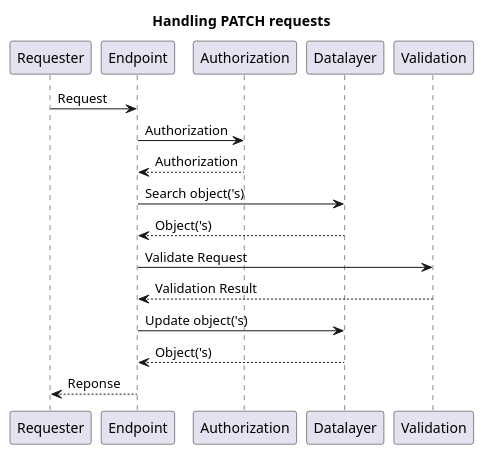
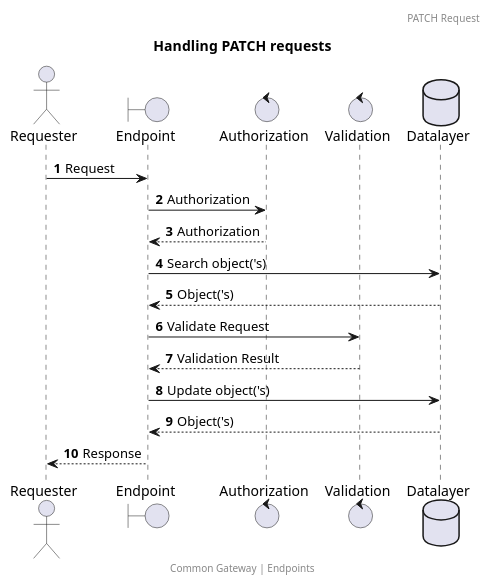
One commit to CommonGateway/CoreBundle changed the diagram in docs/features/request_patch.puml. Above: the diagram before and after it, drawn with PlantUML. The commit also changed 6 other files, not shown here.

```diff
--- a/docs/features/request_patch.puml
+++ b/docs/features/request_patch.puml
@@ -1,13 +1,23 @@
 @startuml
 title: Handling PATCH requests
+footer: Common Gateway | Endpoints
+header: PATCH Request
+autonumber
+
+actor       Requester        as Requester
+boundary    Endpoint         as Endpoint
+control     Authorization    as Authorization
+control     Validation       as Validation
+database    Datalayer        as Datalayer
+
 Requester -> Endpoint: Request
 Endpoint -> Authorization  : Authorization
 Authorization --> Endpoint  : Authorization
 Endpoint -> Datalayer : Search object('s)
 Datalayer --> Endpoint: Object('s)
 Endpoint -> Validation : Validate Request
 Validation --> Endpoint: Validation Result
 Endpoint -> Datalayer : Update object('s)
 Datalayer --> Endpoint: Object('s)
-Endpoint --> Requester: Reponse
+Endpoint --> Requester: Response
 @enduml
```
